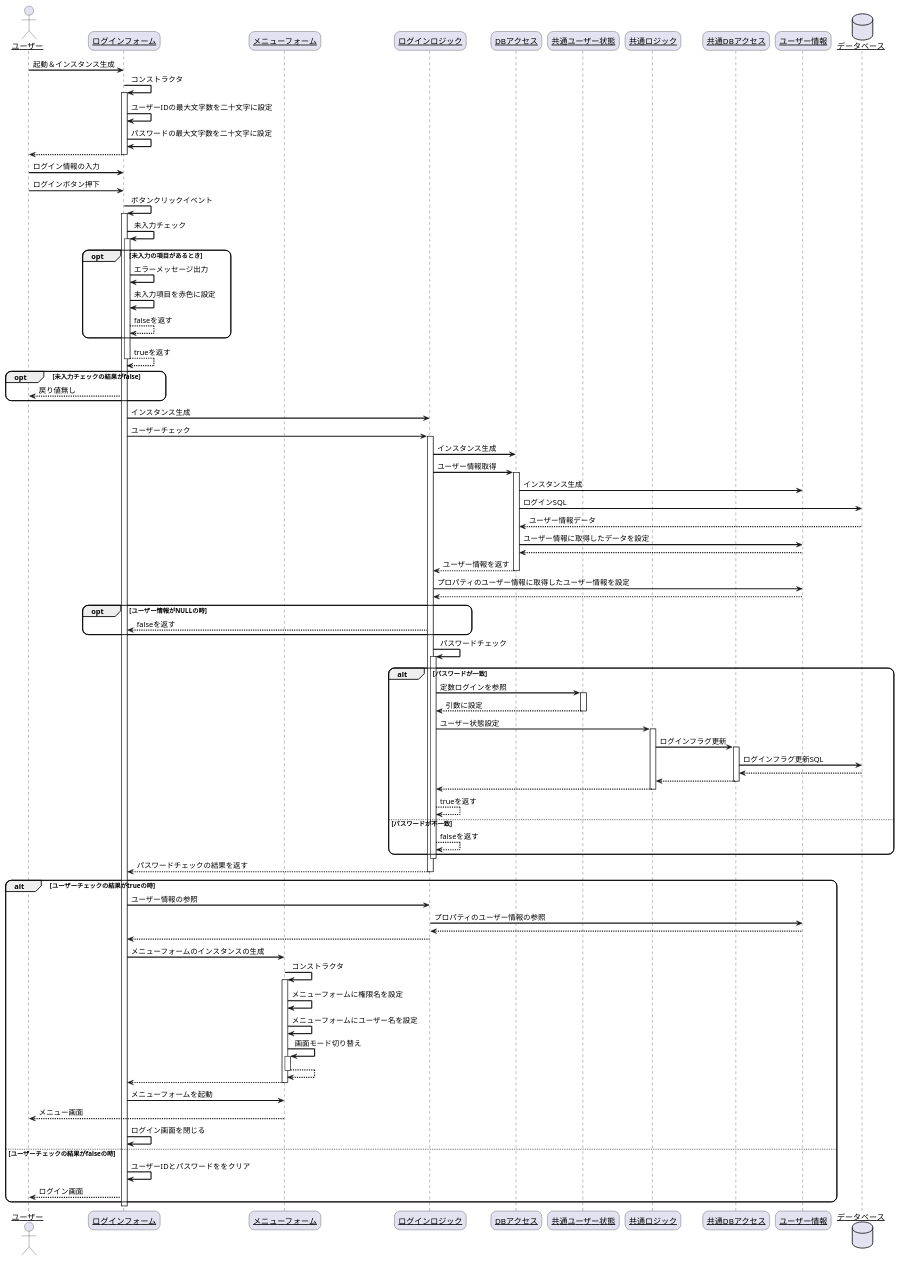
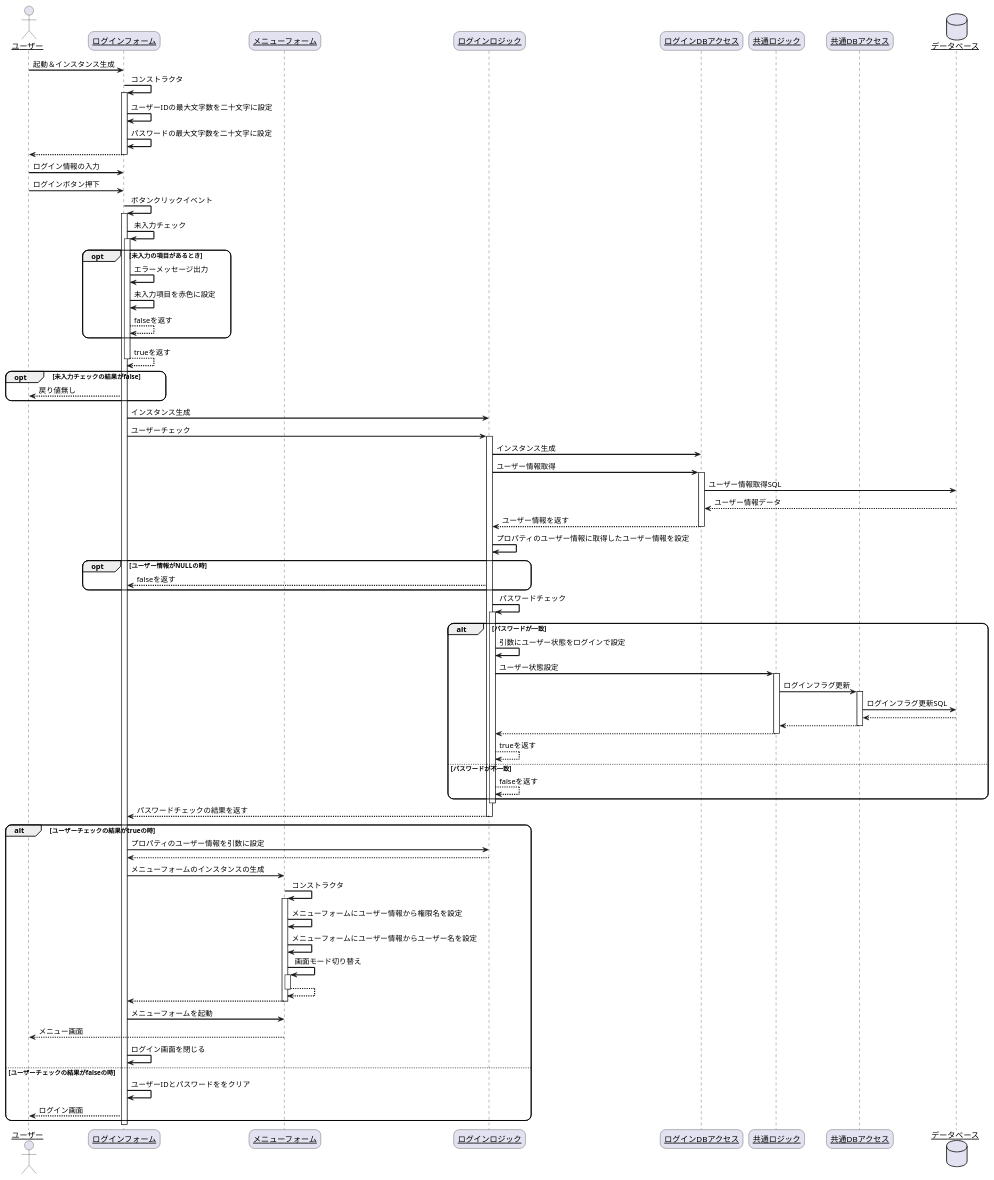
One commit to R-SAIKI/practiceUML changed the diagram in シーケンス図/ログイン.pu. Above: the diagram before and after it, drawn with PlantUML. The commit also changed 9 other files, not shown here.

```diff
--- a/シーケンス図/ログイン.pu
+++ b/シーケンス図/ログイン.pu
@@ -1,112 +1,101 @@
 @startuml
 skinparam sequenceArrowThickness 2
 skinparam roundcorner 20
 skinparam maxmessagesize 60
 skinparam sequenceParticipant underline
 
 actor "ユーザー" as user
 participant "ログインフォーム" as login_form
 participant "メニューフォーム" as menu_form
 participant "ログインロジック" as login_logic
-participant "DBアクセス" as data_acces
-participant "共通ユーザー状態" as enum_user
+participant "ログインDBアクセス" as login_data_acces
 participant "共通ロジック" as common_logic
 participant "共通DBアクセス" as common_db
-participant "ユーザー情報" as user_info
 database "データベース" as db
 
 user -> login_form: 起動＆インスタンス生成
 login_form -> login_form: コンストラクタ
 activate login_form
 login_form -> login_form:ユーザーIDの最大文字数を二十文字に設定
 login_form -> login_form:パスワードの最大文字数を二十文字に設定
 
 login_form --> user:
 deactivate login_form
 user -> login_form: ログイン情報の入力
 user -> login_form: ログインボタン押下
 login_form -> login_form: ボタンクリックイベント
 activate login_form
 
 login_form -> login_form: 未入力チェック
 activate login_form
 opt 未入力の項目があるとき
     login_form -> login_form: エラーメッセージ出力
     login_form -> login_form: 未入力項目を赤色に設定
     login_form --> login_form:falseを返す
 end
 login_form --> login_form:trueを返す
 deactivate login_form
 opt 未入力チェックの結果がfalse
     login_form --> user:戻り値無し
 end
 login_form -> login_logic: インスタンス生成
 login_form -> login_logic: ユーザーチェック
 activate login_logic
-login_logic -> data_acces: インスタンス生成
-login_logic -> data_acces: ユーザー情報取得
-activate data_acces
+login_logic -> login_data_acces: インスタンス生成
+login_logic -> login_data_acces: ユーザー情報取得
+activate login_data_acces
 
-data_acces -> user_info: インスタンス生成
-data_acces -> db: ログインSQL
-db --> data_acces: ユーザー情報データ
-data_acces -> user_info: ユーザー情報に取得したデータを設定
-user_info --> data_acces:
-data_acces --> login_logic: ユーザー情報を返す
-deactivate data_acces
-login_logic -> user_info: プロパティのユーザー情報に取得したユーザー情報を設定
-user_info --> login_logic: 
+login_data_acces -> db: ユーザー情報取得SQL
+db --> login_data_acces: ユーザー情報データ
+login_data_acces --> login_logic: ユーザー情報を返す
+deactivate login_data_acces
+login_logic -> login_logic: プロパティのユーザー情報に取得したユーザー情報を設定
 opt ユーザー情報がNULLの時
     login_logic --> login_form: falseを返す
 end
 login_logic -> login_logic: パスワードチェック
 activate login_logic
 alt パスワードが一致
-    login_logic -> enum_user: 定数ログインを参照
-    activate enum_user
-    enum_user --> login_logic: 引数に設定
-    deactivate enum_user
+    login_logic -> login_logic: 引数にユーザー状態をログインで設定
     login_logic -> common_logic: ユーザー状態設定
     activate common_logic
     common_logic -> common_db: ログインフラグ更新
     activate common_db
     common_db -> db: ログインフラグ更新SQL
     db --> common_db: 
     common_db --> common_logic: 
     deactivate common_db
     common_logic --> login_logic: 
     deactivate common_logic
     login_logic --> login_logic: trueを返す
 else パスワードが不一致
     login_logic --> login_logic: falseを返す
 end
 deactivate login_logic
 login_logic --> login_form: パスワードチェックの結果を返す
 deactivate login_logic
 deactivate login_logic
 alt ユーザーチェックの結果がtrueの時
-    login_form -> login_logic: ユーザー情報の参照
-    login_logic -> user_info: プロパティのユーザー情報の参照
-    user_info --> login_logic: 
+    login_form -> login_logic: プロパティのユーザー情報を引数に設定
     login_logic --> login_form: 
     login_form -> menu_form: メニューフォームのインスタンスの生成
     menu_form -> menu_form: コンストラクタ
     activate menu_form
-    menu_form -> menu_form: メニューフォームに権限名を設定
-    menu_form -> menu_form: メニューフォームにユーザー名を設定
+    menu_form -> menu_form: メニューフォームにユーザー情報から権限名を設定
+    menu_form -> menu_form: メニューフォームにユーザー情報からユーザー名を設定
     menu_form -> menu_form: 画面モード切り替え
     activate menu_form
     menu_form --> menu_form: 
     deactivate menu_form
     menu_form --> login_form: 
     deactivate menu_form
     login_form -> menu_form: メニューフォームを起動
     menu_form --> user: メニュー画面
     login_form -> login_form: ログイン画面を閉じる
 else ユーザーチェックの結果がfalseの時
     login_form -> login_form: ユーザーIDとパスワードををクリア
     login_form --> user: ログイン画面
 end
 deactivate login_form
 
 @enduml
```
